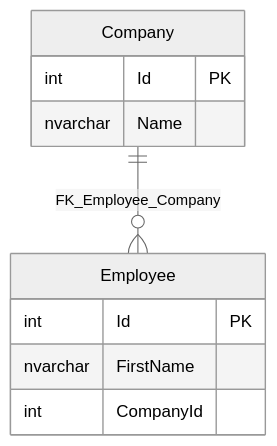
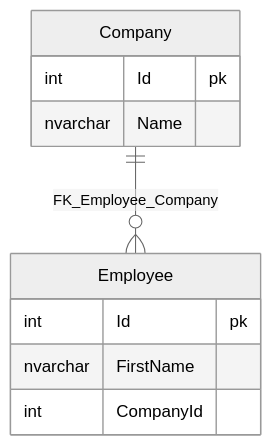
Before and after one commit to SimonCropp/DbToMermaid: the diagram in src/SqlServerToMermaidTool.Tests/IntegrationTests.ConnectionString_ToMarkdown.verified.md, drawn with Mermaid (neutral theme). The commit also changed 14 other files, not shown here.

````diff
--- a/src/SqlServerToMermaidTool.Tests/IntegrationTests.ConnectionString_ToMarkdown.verified.md
+++ b/src/SqlServerToMermaidTool.Tests/IntegrationTests.ConnectionString_ToMarkdown.verified.md
@@ -1,13 +1,13 @@
 ```mermaid
 erDiagram
   Company {
-    int Id PK
+    int Id pk
     nvarchar Name
   }
   Employee {
-    int Id PK
+    int Id pk
     nvarchar FirstName
     int CompanyId
   }
   Company ||--o{ Employee : "FK_Employee_Company"
 ```
````
